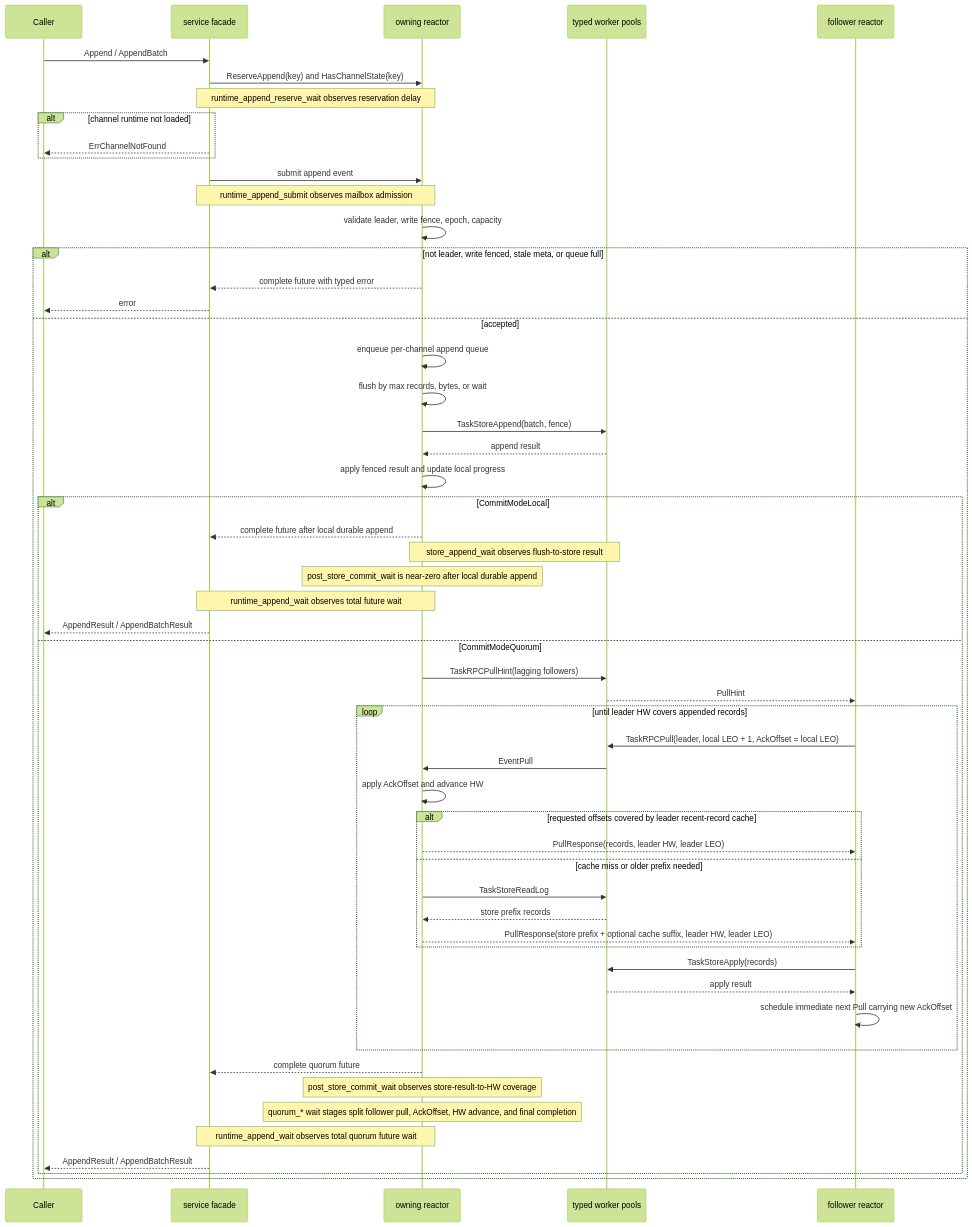
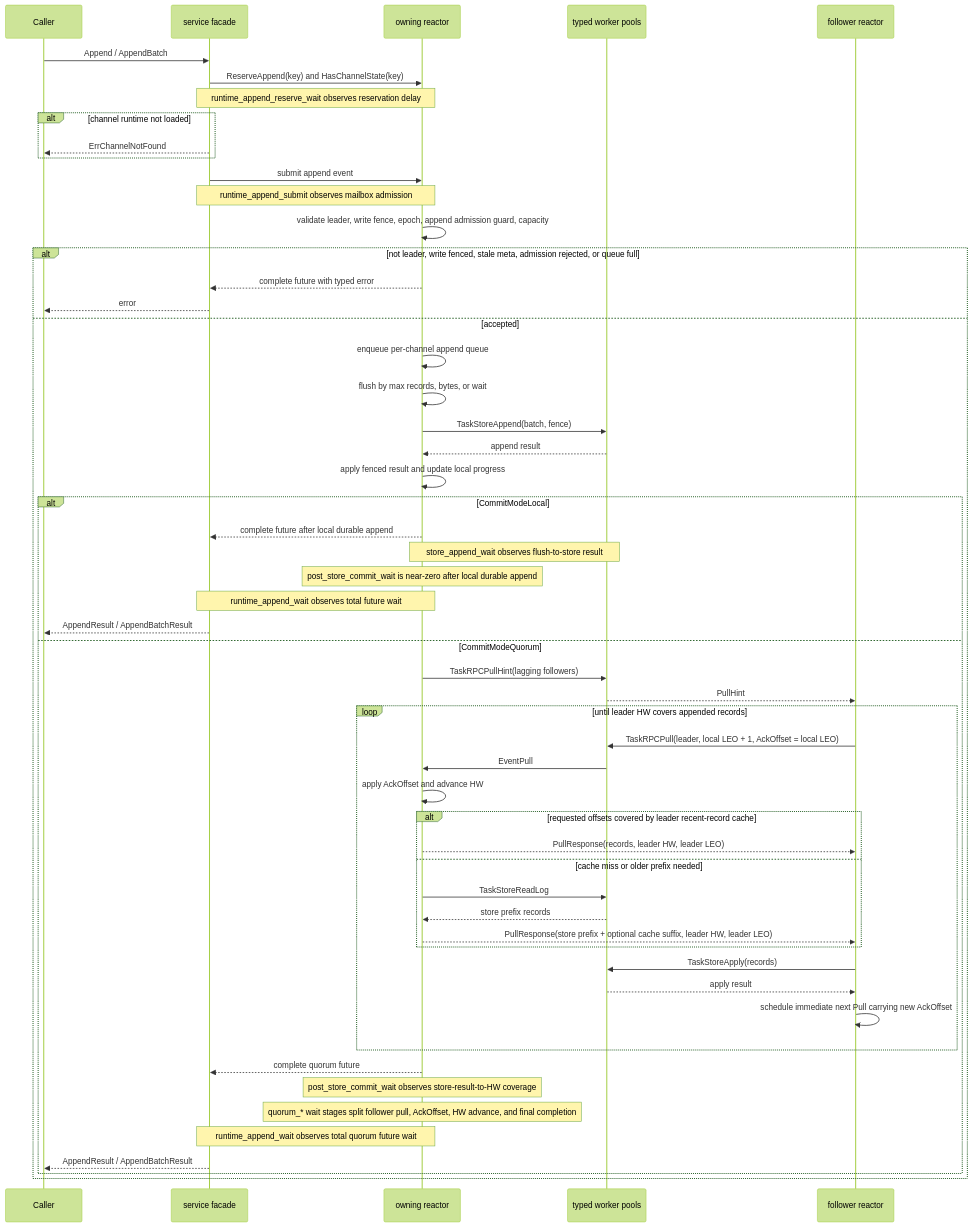
The first of 2 diagrams in pkg/channelv2/FLOW.md (WuKongIM/WuKongIM), drawn with Mermaid (forest theme) before and after one commit. The commit also changed other lines of this file and 24 other files, not shown here.

````diff
--- a/pkg/channelv2/FLOW.md
+++ b/pkg/channelv2/FLOW.md
@@ -23,59 +23,59 @@
 ```mermaid
 sequenceDiagram
     participant Caller
     participant Service as service facade
     participant Reactor as owning reactor
     participant Workers as typed worker pools
     participant Follower as follower reactor
 
     Caller->>Service: Append / AppendBatch
     Service->>Reactor: ReserveAppend(key) and HasChannelState(key)
     Note over Service,Reactor: runtime_append_reserve_wait observes reservation delay
     alt channel runtime not loaded
         Service-->>Caller: ErrChannelNotFound
     end
     Service->>Reactor: submit append event
     Note over Service,Reactor: runtime_append_submit observes mailbox admission
-    Reactor->>Reactor: validate leader, write fence, epoch, capacity
-    alt not leader, write fenced, stale meta, or queue full
+    Reactor->>Reactor: validate leader, write fence, epoch, append admission guard, capacity
+    alt not leader, write fenced, stale meta, admission rejected, or queue full
         Reactor-->>Service: complete future with typed error
         Service-->>Caller: error
     else accepted
         Reactor->>Reactor: enqueue per-channel append queue
         Reactor->>Reactor: flush by max records, bytes, or wait
         Reactor->>Workers: TaskStoreAppend(batch, fence)
         Workers-->>Reactor: append result
         Reactor->>Reactor: apply fenced result and update local progress
 
         alt CommitModeLocal
             Reactor-->>Service: complete future after local durable append
             Note over Reactor,Workers: store_append_wait observes flush-to-store result
             Note over Reactor: post_store_commit_wait is near-zero after local durable append
             Note over Service,Reactor: runtime_append_wait observes total future wait
             Service-->>Caller: AppendResult / AppendBatchResult
         else CommitModeQuorum
             Reactor->>Workers: TaskRPCPullHint(lagging followers)
             Workers-->>Follower: PullHint
             loop until leader HW covers appended records
                 Follower->>Workers: TaskRPCPull(leader, local LEO + 1, AckOffset = local LEO)
                 Workers->>Reactor: EventPull
                 Reactor->>Reactor: apply AckOffset and advance HW
                 alt requested offsets covered by leader recent-record cache
                     Reactor-->>Follower: PullResponse(records, leader HW, leader LEO)
                 else cache miss or older prefix needed
                     Reactor->>Workers: TaskStoreReadLog
                     Workers-->>Reactor: store prefix records
                     Reactor-->>Follower: PullResponse(store prefix + optional cache suffix, leader HW, leader LEO)
                 end
                 Follower->>Workers: TaskStoreApply(records)
                 Workers-->>Follower: apply result
                 Follower->>Follower: schedule immediate next Pull carrying new AckOffset
             end
             Reactor-->>Service: complete quorum future
             Note over Reactor: post_store_commit_wait observes store-result-to-HW coverage
             Note over Reactor: quorum_* wait stages split follower pull, AckOffset, HW advance, and final completion
             Note over Service,Reactor: runtime_append_wait observes total quorum future wait
             Service-->>Caller: AppendResult / AppendBatchResult
         end
     end
 ```
````
